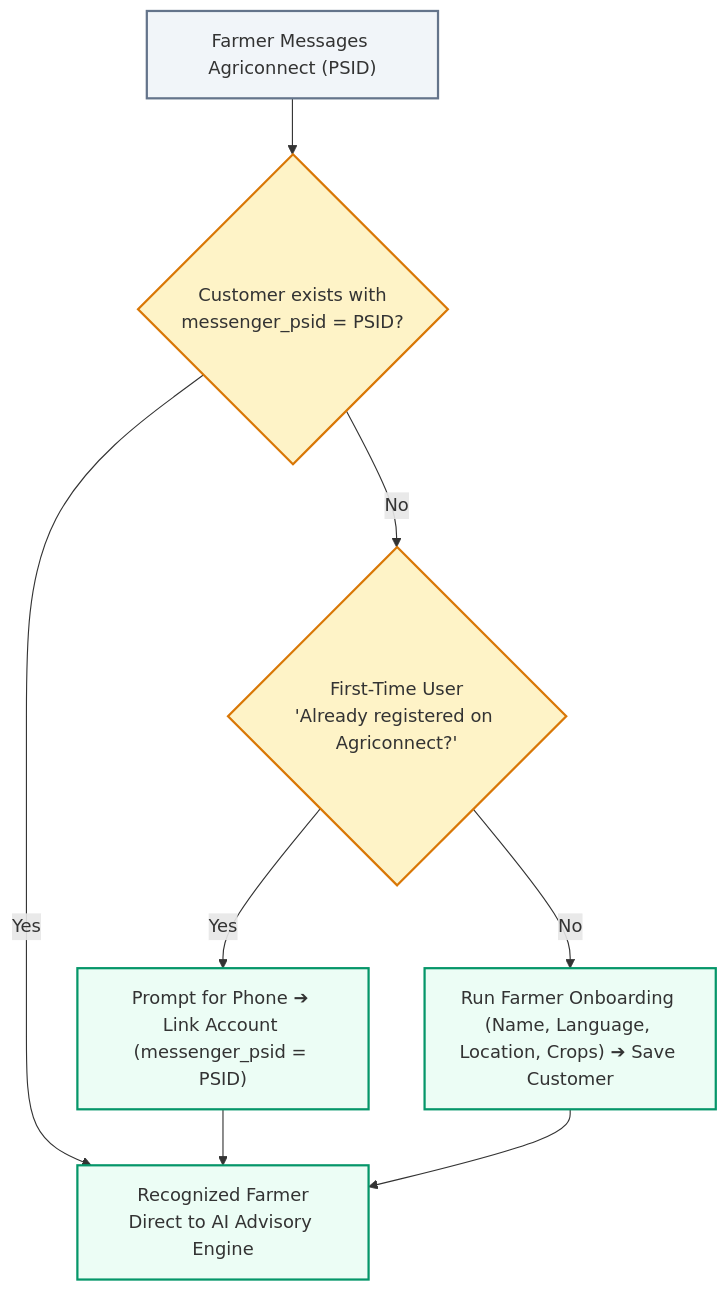
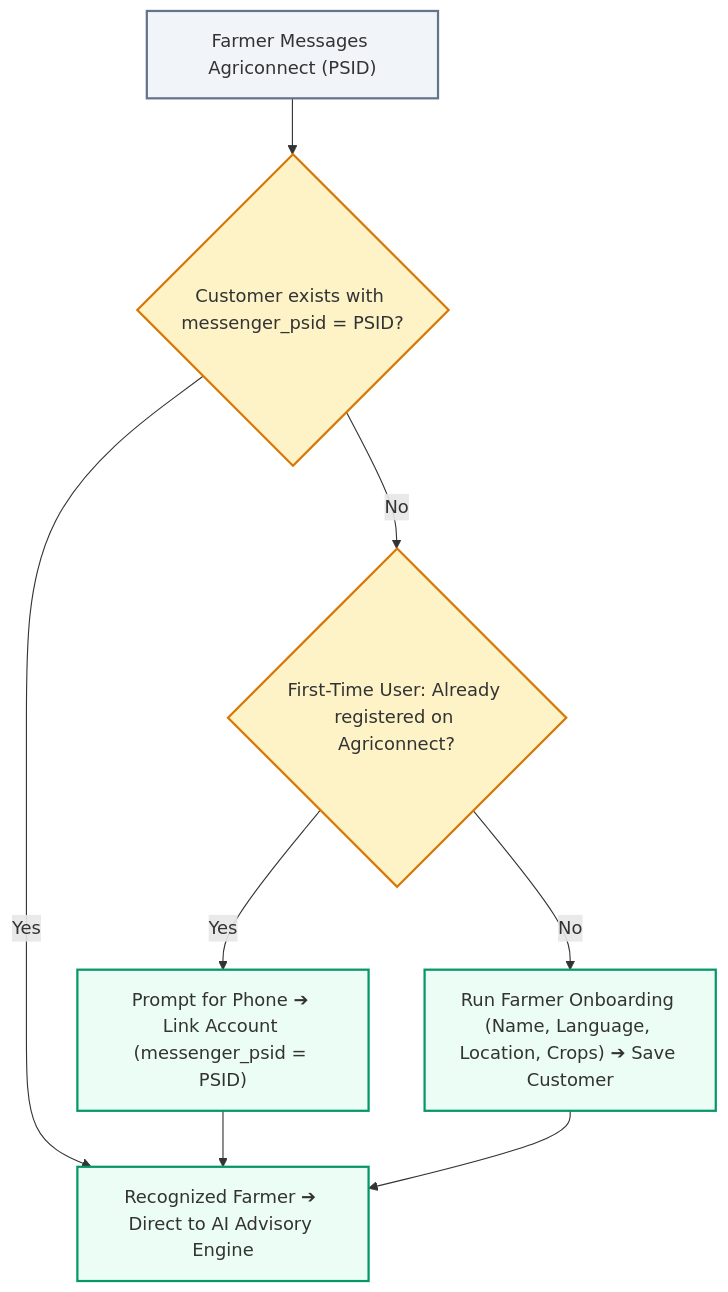
Before and after one commit to akvo/nbd-phase-1: the fourth of 4 diagrams in docs/features/009_facebook_messenger_chatbot_pipeline_spec.md, drawn with Mermaid. The commit also changed other lines of this file and 1 other file, not shown here.

Commit message:
[#170] fix(docs): resolve mermaid syntax error in profile linking diagrams

````diff
--- a/docs/features/009_facebook_messenger_chatbot_pipeline_spec.md
+++ b/docs/features/009_facebook_messenger_chatbot_pipeline_spec.md
@@ -149,14 +149,14 @@
 ```mermaid
 flowchart TD
     classDef start fill:#f1f5f9,stroke:#64748b,stroke-width:2px;
     classDef decision fill:#fef3c7,stroke:#d97706,stroke-width:2px;
     classDef process fill:#ecfdf5,stroke:#059669,stroke-width:2px;
 
-    Start["Farmer Messages Agriconnect (PSID)"]:::start --> CheckDB{"Customer exists with\nmessenger_psid = PSID?"}:::decision
-    CheckDB -->|Yes| Recognized["Recognized Farmer\nDirect to AI Advisory Engine"]:::process
-    CheckDB -->|No| AskLinking{"First-Time User\n'Already registered on Agriconnect?'"}:::decision
+    Start["Farmer Messages Agriconnect (PSID)"]:::start --> CheckDB{"Customer exists with messenger_psid = PSID?"}:::decision
+    CheckDB -->|Yes| Recognized["Recognized Farmer ➔ Direct to AI Advisory Engine"]:::process
+    CheckDB -->|No| AskLinking{"First-Time User: Already registered on Agriconnect?"}:::decision
     AskLinking -->|Yes| PromptPhone["Prompt for Phone ➔ Link Account (messenger_psid = PSID)"]:::process
     AskLinking -->|No| Onboard["Run Farmer Onboarding (Name, Language, Location, Crops) ➔ Save Customer"]:::process
     PromptPhone --> Recognized
     Onboard --> Recognized
 ```
````
